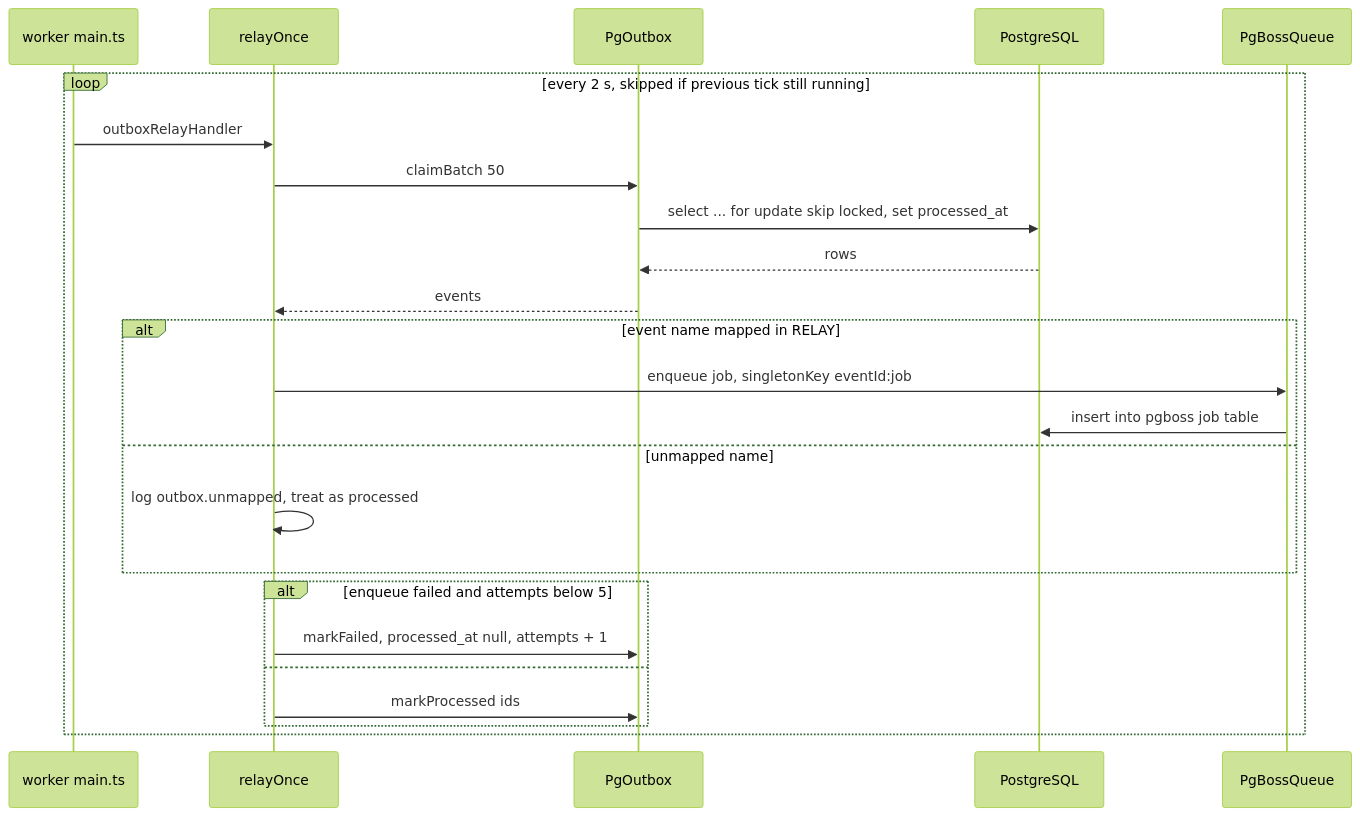
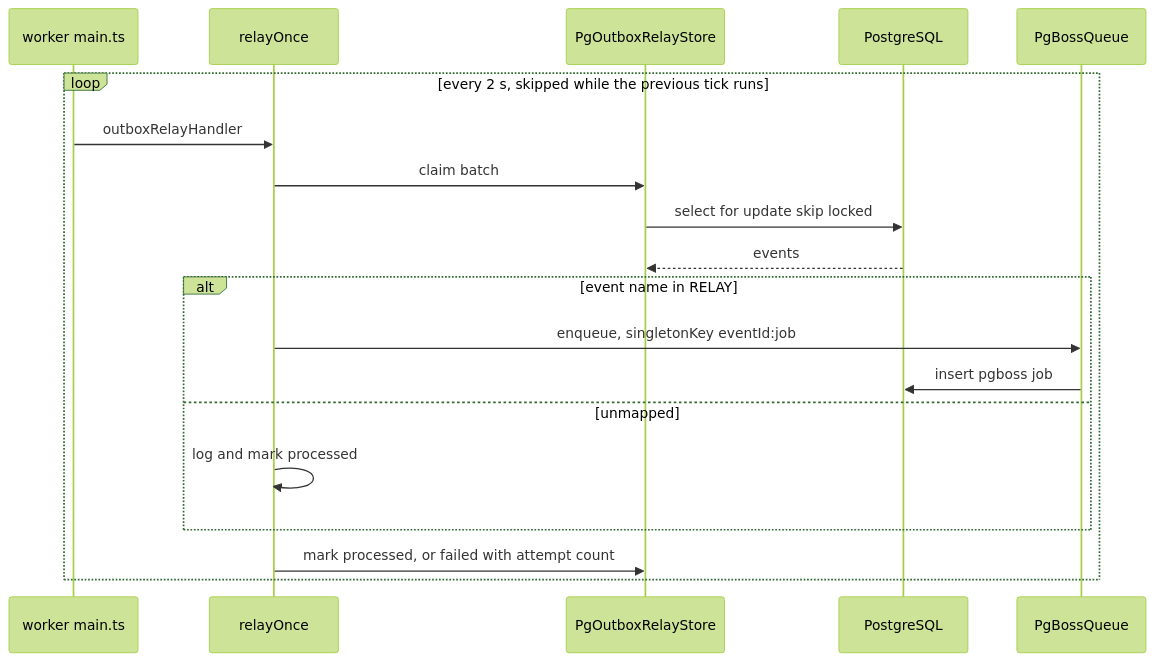
Before and after one commit to Md-Alamin-BS/RogiKotha: the third of 4 diagrams in aidlc/spaces/default/codekb/rogikotha/architecture.md, drawn with Mermaid (forest theme). The commit also changed other lines of this file and 26 other files, not shown here.

````diff
--- a/aidlc/spaces/default/codekb/rogikotha/architecture.md
+++ b/aidlc/spaces/default/codekb/rogikotha/architecture.md
@@ -138,26 +114,21 @@
 ```mermaid
 sequenceDiagram
   participant M as worker main.ts
   participant R as relayOnce
-  participant O as PgOutbox
+  participant S as PgOutboxRelayStore
   participant DB as PostgreSQL
   participant Q as PgBossQueue
-  loop every 2 s, skipped if previous tick still running
+  loop every 2 s, skipped while the previous tick runs
     M->>R: outboxRelayHandler
-    R->>O: claimBatch 50
-    O->>DB: select ... for update skip locked, set processed_at
-    DB-->>O: rows
-    O-->>R: events
-    alt event name mapped in RELAY
-      R->>Q: enqueue job, singletonKey eventId:job
-      Q->>DB: insert into pgboss job table
-    else unmapped name
-      R->>R: log outbox.unmapped, treat as processed
+    R->>S: claim batch
+    S->>DB: select for update skip locked
+    DB-->>S: events
+    alt event name in RELAY
+      R->>Q: enqueue, singletonKey eventId:job
+      Q->>DB: insert pgboss job
+    else unmapped
+      R->>R: log and mark processed
     end
-    alt enqueue failed and attempts below 5
-      R->>O: markFailed, processed_at null, attempts + 1
-    else
-      R->>O: markProcessed ids
-    end
+    R->>S: mark processed, or failed with attempt count
   end
 ```
````
